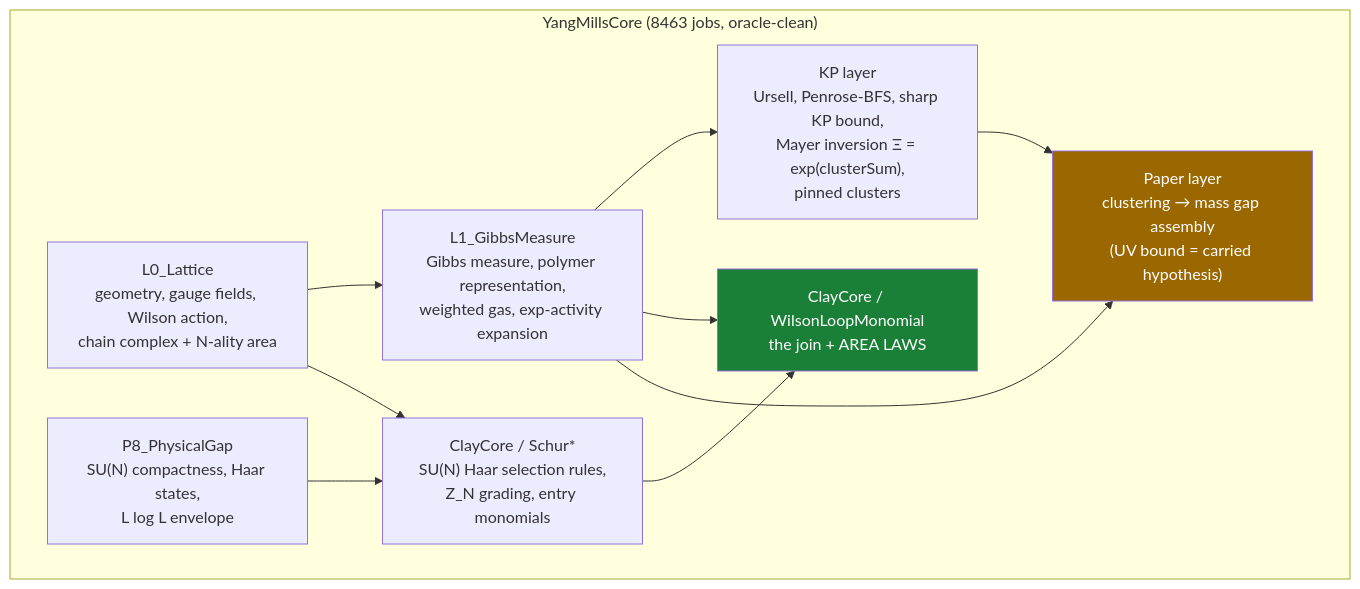
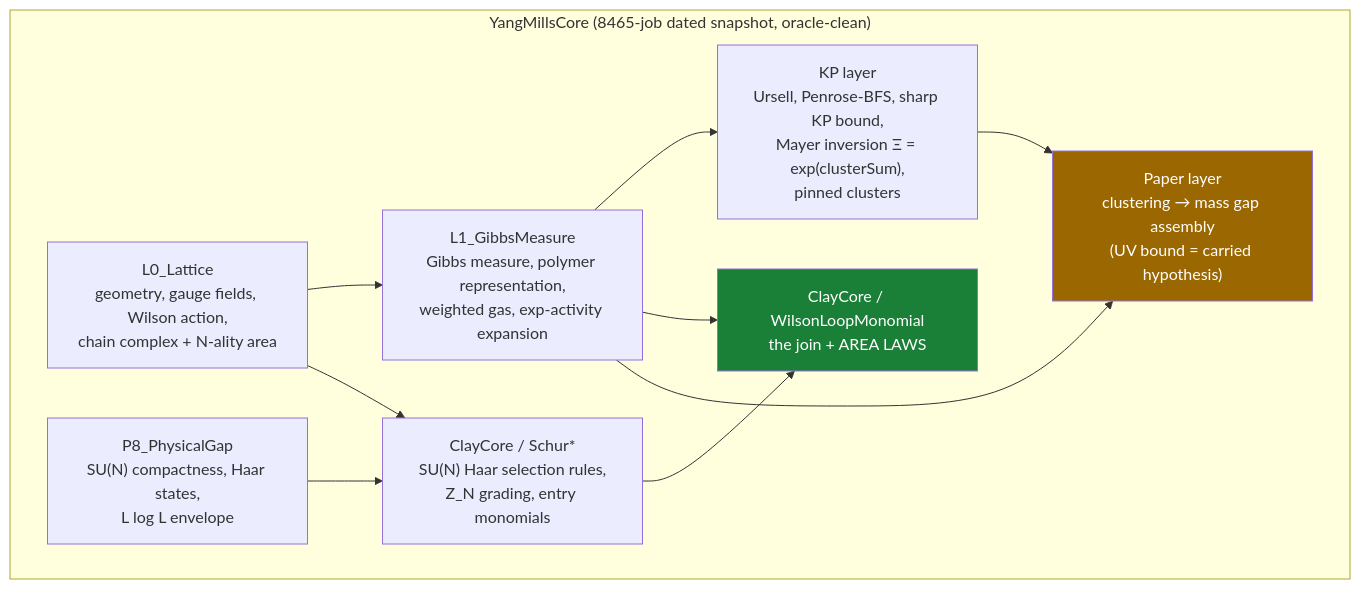
The diagram in README.md (lluiseriksson/THE-ERIKSSON-PROGRAMME), drawn with Mermaid before and after one commit. The commit also changed other lines of this file and 5 other files, not shown here.

````diff
--- a/README.md
+++ b/README.md
@@ -367,20 +377,20 @@
 ```mermaid
 graph TD
-    subgraph core["YangMillsCore  (8463 jobs, oracle-clean)"]
+    subgraph core["YangMillsCore  (8465-job dated snapshot, oracle-clean)"]
         L0["L0_Lattice<br/>geometry, gauge fields, Wilson action,<br/>chain complex + N-ality area"]
         L1["L1_GibbsMeasure<br/>Gibbs measure, polymer representation,<br/>weighted gas, exp-activity expansion"]
         KP["KP layer<br/>Ursell, Penrose-BFS, sharp KP bound,<br/>Mayer inversion Ξ = exp(clusterSum),<br/>pinned clusters"]
         SCHUR["ClayCore / Schur*<br/>SU(N) Haar selection rules,<br/>Z_N grading, entry monomials"]
         WLM["ClayCore / WilsonLoopMonomial<br/>the join + AREA LAWS"]
         PAPER["Paper layer<br/>clustering → mass gap assembly<br/>(UV bound = carried hypothesis)"]
         P8["P8_PhysicalGap<br/>SU(N) compactness, Haar states,<br/>L log L envelope"]
     end
     L0 --> L1 --> KP
     L0 --> SCHUR --> WLM
     L1 --> WLM
     L1 --> PAPER
     KP --> PAPER
     P8 --> SCHUR
     style WLM fill:#1a7f37,color:#fff
     style PAPER fill:#9a6700,color:#fff
 ```
````
